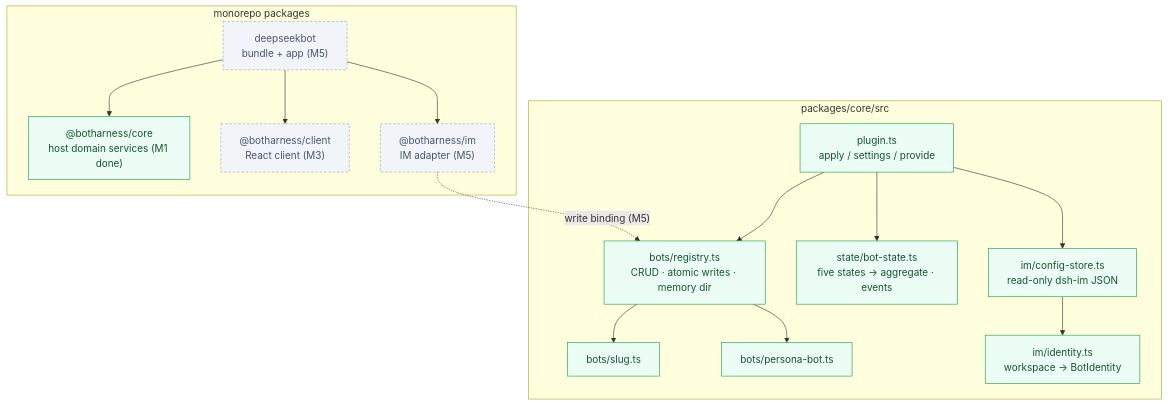
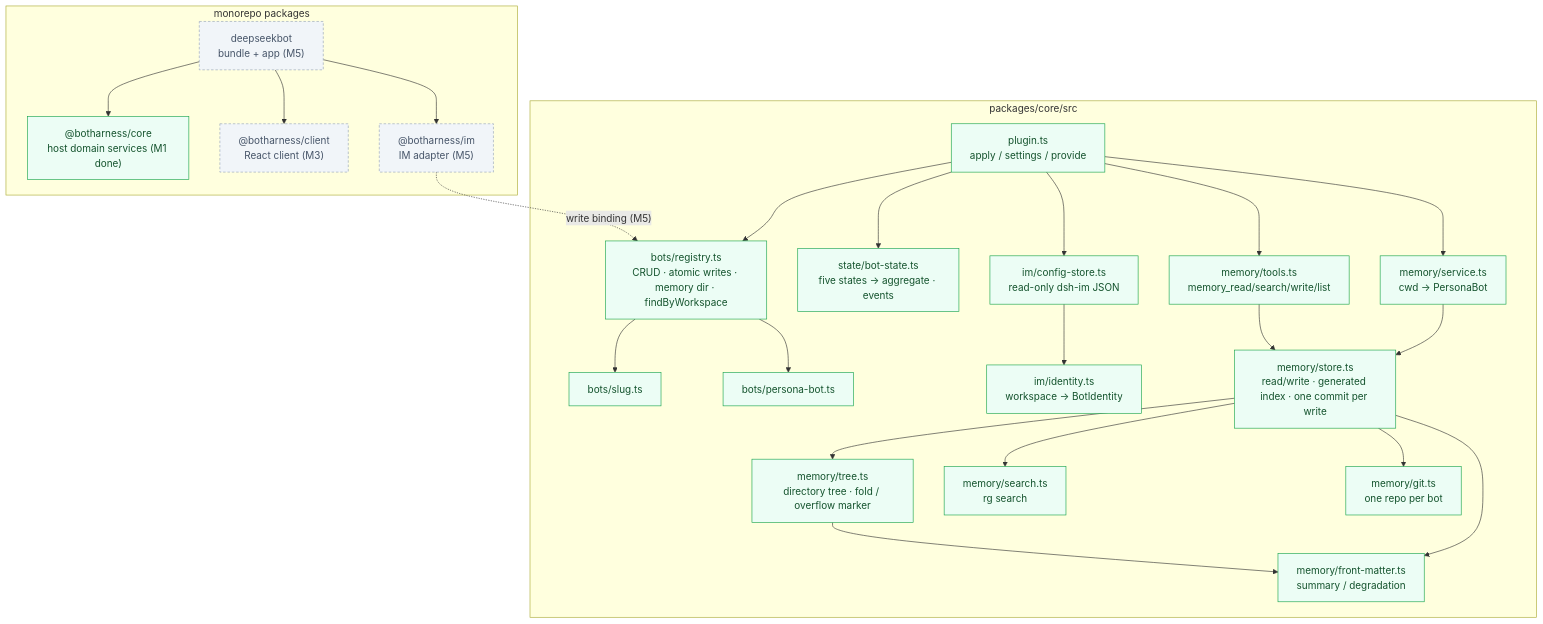
The second of 6 diagrams in docs/architecture/botharness-architecture.en.md (BotHarness/BotHarness), drawn with Mermaid before and after one commit. The commit also changed other lines of this file and 51 other files, not shown here.

First line of the commit message:
feat(core): M2 记忆 MVP（store / tools / git / prompt 注入） (#22)

````diff
--- a/docs/architecture/botharness-architecture.en.md
+++ b/docs/architecture/botharness-architecture.en.md
@@ -44,36 +44,52 @@
 ```mermaid
 flowchart TB
   subgraph pkgs["monorepo packages"]
     Bundle["deepseekbot<br/>bundle + app (M5)"]
     CorePkg["@botharness/core<br/>host domain services (M1 done)"]
     ClientPkg["@botharness/client<br/>React client (M3)"]
     ImPkg["@botharness/im<br/>IM adapter (M5)"]
   end
 
   Bundle --> CorePkg
   Bundle --> ClientPkg
   Bundle --> ImPkg
 
   subgraph core["packages/core/src"]
     Plugin["plugin.ts<br/>apply / settings / provide"]
-    Registry["bots/registry.ts<br/>CRUD · atomic writes · memory dir"]
+    Registry["bots/registry.ts<br/>CRUD · atomic writes · memory dir · findByWorkspace"]
     Slug["bots/slug.ts"]
     Record["bots/persona-bot.ts"]
     State["state/bot-state.ts<br/>five states → aggregate · events"]
     Store["im/config-store.ts<br/>read-only dsh-im JSON"]
     Identity["im/identity.ts<br/>workspace → BotIdentity"]
+    MemoryService["memory/service.ts<br/>cwd → PersonaBot"]
+    MemoryTools["memory/tools.ts<br/>memory_read/search/write/list"]
+    MemoryStore["memory/store.ts<br/>read/write · generated index · one commit per write"]
+    MemoryTree["memory/tree.ts<br/>directory tree · fold / overflow marker"]
+    MemorySearch["memory/search.ts<br/>rg search"]
+    MemoryGit["memory/git.ts<br/>one repo per bot"]
+    FrontMatter["memory/front-matter.ts<br/>summary / degradation"]
   end
 
   Plugin --> Registry
   Plugin --> State
   Plugin --> Store
+  Plugin --> MemoryService
+  Plugin --> MemoryTools
   Registry --> Slug
   Registry --> Record
   Store --> Identity
+  MemoryService --> MemoryStore
+  MemoryTools --> MemoryStore
+  MemoryStore --> MemoryTree
+  MemoryStore --> MemorySearch
+  MemoryStore --> MemoryGit
+  MemoryStore --> FrontMatter
+  MemoryTree --> FrontMatter
   ImPkg -.->|"write binding (M5)"| Registry
 
   classDef ours fill:#ecfdf5,stroke:#16a34a,color:#14532d;
   classDef later fill:#f1f5f9,stroke:#94a3b8,color:#475569,stroke-dasharray:4 3;
-  class CorePkg,Plugin,Registry,Slug,Record,State,Store,Identity ours;
+  class CorePkg,Plugin,Registry,Slug,Record,State,Store,Identity,MemoryService,MemoryTools,MemoryStore,MemoryTree,MemorySearch,MemoryGit,FrontMatter ours;
   class Bundle,ClientPkg,ImPkg later;
 ```
````
